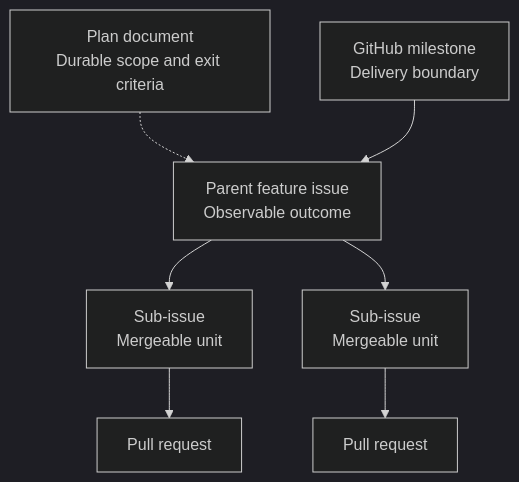
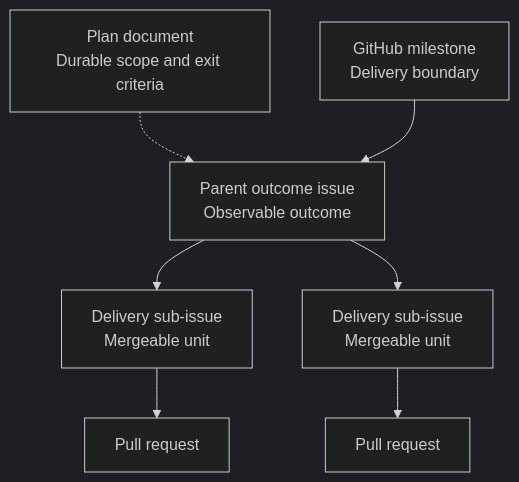
The first of 2 diagrams in docs/work-tracking.md (am-space/knowledge-management), drawn with Mermaid (dark theme) before and after one commit. The commit also changed other lines of this file and 4 other files, not shown here.

Commit message:
docs: define milestone and issue delivery workflow (#27)

````diff
--- a/docs/work-tracking.md
+++ b/docs/work-tracking.md
@@ -32,9 +34,9 @@
 ```mermaid
 flowchart TD
     Plan["Plan document<br/>Durable scope and exit criteria"] -.-> Feature
-    Milestone["GitHub milestone<br/>Delivery boundary"] --> Feature["Parent feature issue<br/>Observable outcome"]
-    Feature --> IssueA["Sub-issue<br/>Mergeable unit"]
-    Feature --> IssueB["Sub-issue<br/>Mergeable unit"]
+    Milestone["GitHub milestone<br/>Delivery boundary"] --> Feature["Parent outcome issue<br/>Observable outcome"]
+    Feature --> IssueA["Delivery sub-issue<br/>Mergeable unit"]
+    Feature --> IssueB["Delivery sub-issue<br/>Mergeable unit"]
     IssueA --> PullRequestA["Pull request"]
     IssueB --> PullRequestB["Pull request"]
 ```
````
